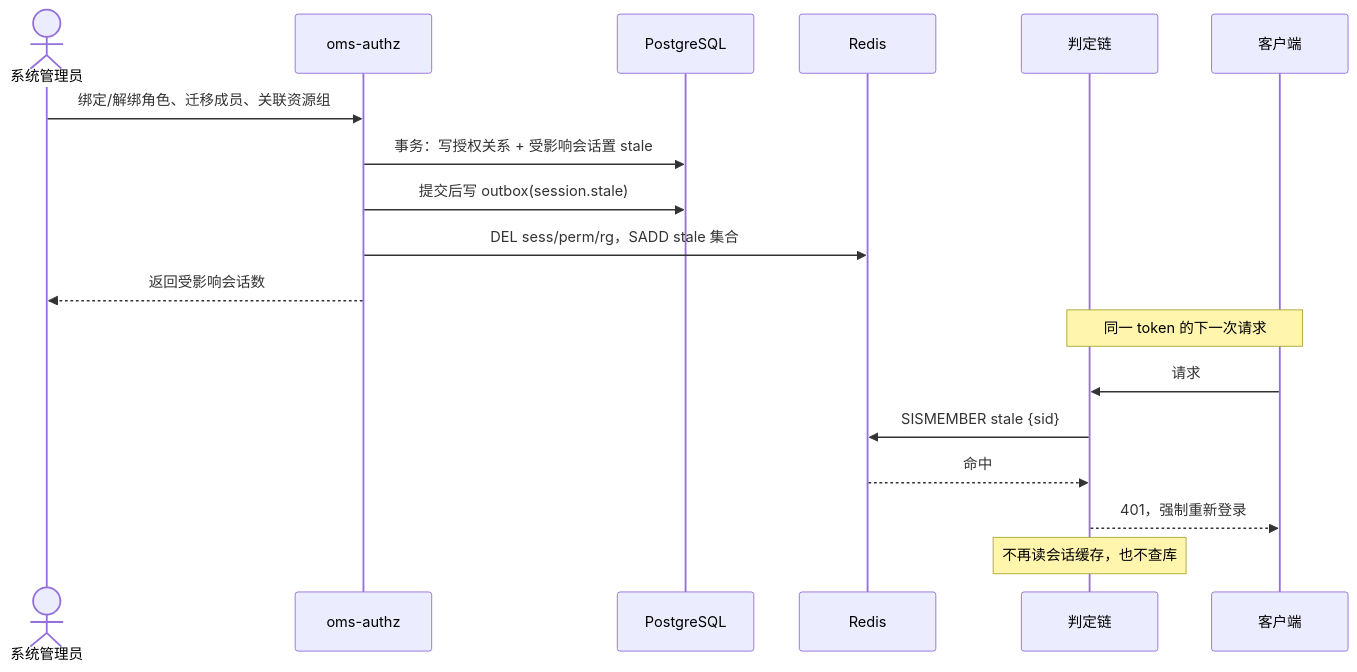
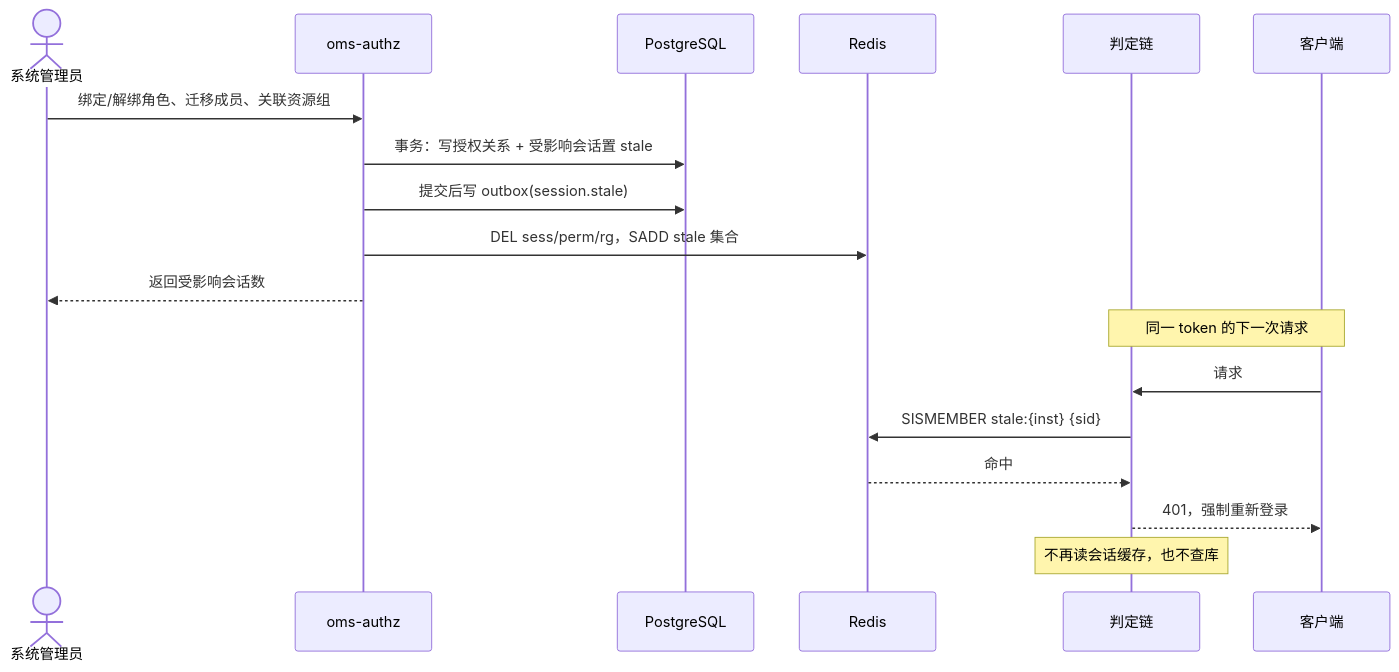
The sixth of 16 diagrams in design/OMS-总体设计-精炼版.md (HaoruiSong622/OMS), drawn with Mermaid before and after one commit. The commit also changed other lines of this file, not shown here.

````diff
--- a/design/OMS-总体设计-精炼版.md
+++ b/design/OMS-总体设计-精炼版.md
@@ -439,20 +474,20 @@
 ```mermaid
 sequenceDiagram
   actor U as 系统管理员
   participant Z as oms-authz
   participant DB as PostgreSQL
   participant R as Redis
   participant F as 判定链
   participant C as 客户端
   U->>Z: 绑定/解绑角色、迁移成员、关联资源组
   Z->>DB: 事务：写授权关系 + 受影响会话置 stale
   Z->>DB: 提交后写 outbox(session.stale)
   Z->>R: DEL sess/perm/rg，SADD stale 集合
   Z-->>U: 返回受影响会话数
   Note over C,F: 同一 token 的下一次请求
   C->>F: 请求
-  F->>R: SISMEMBER stale {sid}
+  F->>R: SISMEMBER stale:{inst} {sid}
   R-->>F: 命中
   F-->>C: 401，强制重新登录
   Note over F: 不再读会话缓存，也不查库
 ```
````
